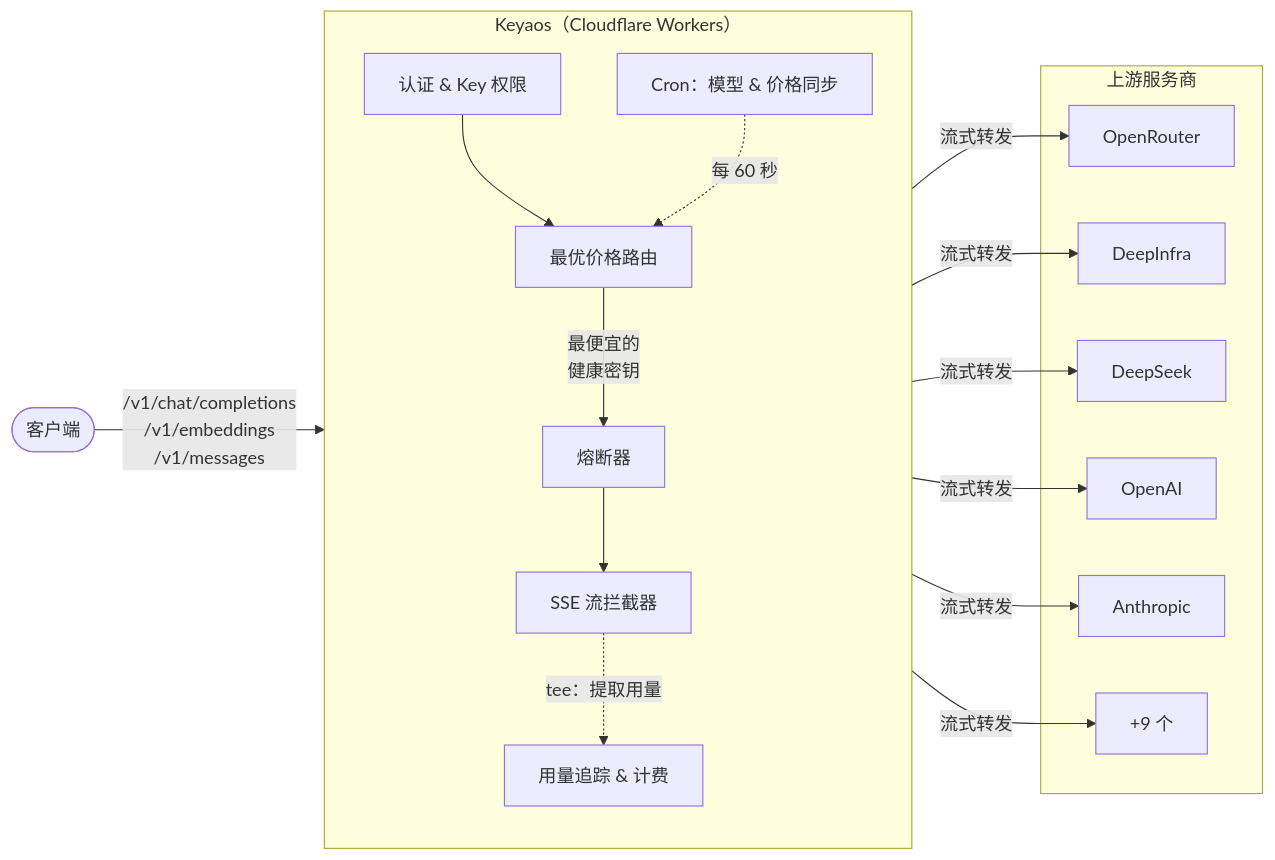
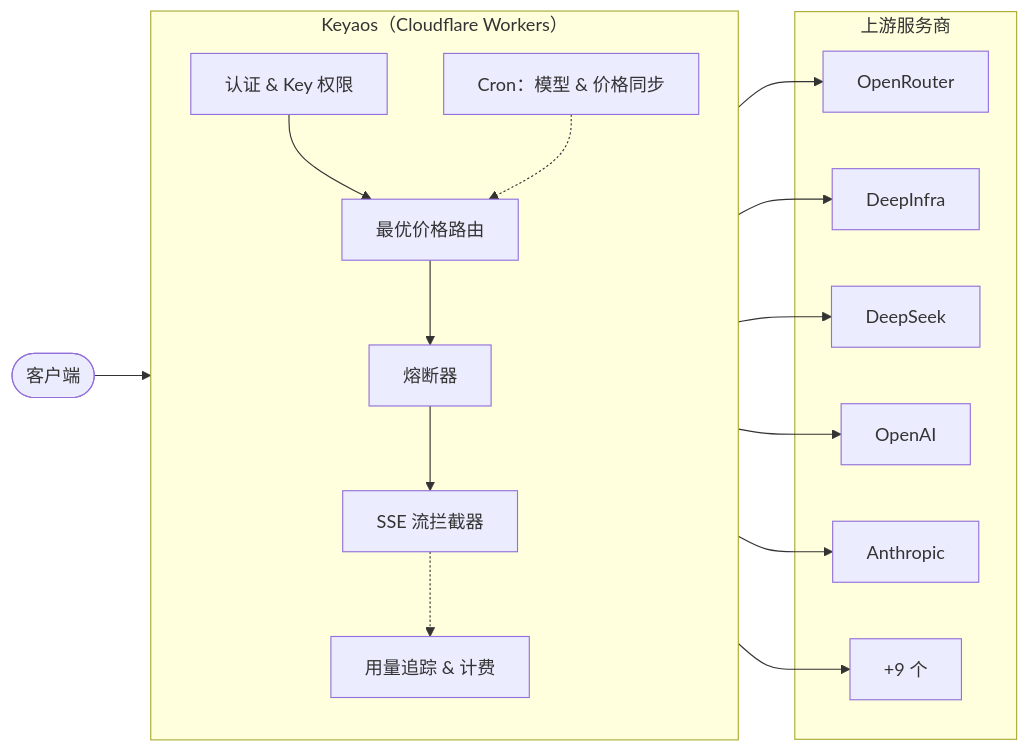
One commit to BingoWon/keyaos changed the diagram in README_CN.md. Above: the diagram before and after it, drawn with Mermaid. The commit also changed 1 other file, not shown here.

Commit message:
docs: remove edge labels from Mermaid architecture diagram
Clean arrows only — flow details are already explained in the
paragraph below the diagram.

````diff
--- a/README_CN.md
+++ b/README_CN.md
@@ -40,31 +40,31 @@
 ```mermaid
 flowchart LR
     Client([客户端])
 
     subgraph Keyaos ["Keyaos（Cloudflare Workers）"]
         direction TB
         Auth[认证 & Key 权限]
         Router[最优价格路由]
         CB[熔断器]
         Intercept[SSE 流拦截器]
         Billing[用量追踪 & 计费]
         Sync[Cron：模型 & 价格同步]
     end
 
     subgraph Upstream [上游服务商]
         OR[OpenRouter]
         DI[DeepInfra]
         DS[DeepSeek]
         OAI[OpenAI]
         Anthr[Anthropic]
         More["+9 个"]
     end
 
-    Client -- "/v1/chat/completions\n/v1/embeddings\n/v1/messages" --> Auth
+    Client --> Auth
     Auth --> Router
-    Router -- "最便宜的\n健康密钥" --> CB
+    Router --> CB
     CB --> Intercept
-    Intercept -- 流式转发 --> OR & DI & DS & OAI & Anthr & More
-    Intercept -. "tee：提取用量" .-> Billing
-    Sync -. "每 60 秒" .-> Router
+    Intercept --> OR & DI & DS & OAI & Anthr & More
+    Intercept -.-> Billing
+    Sync -.-> Router
 ```
````
